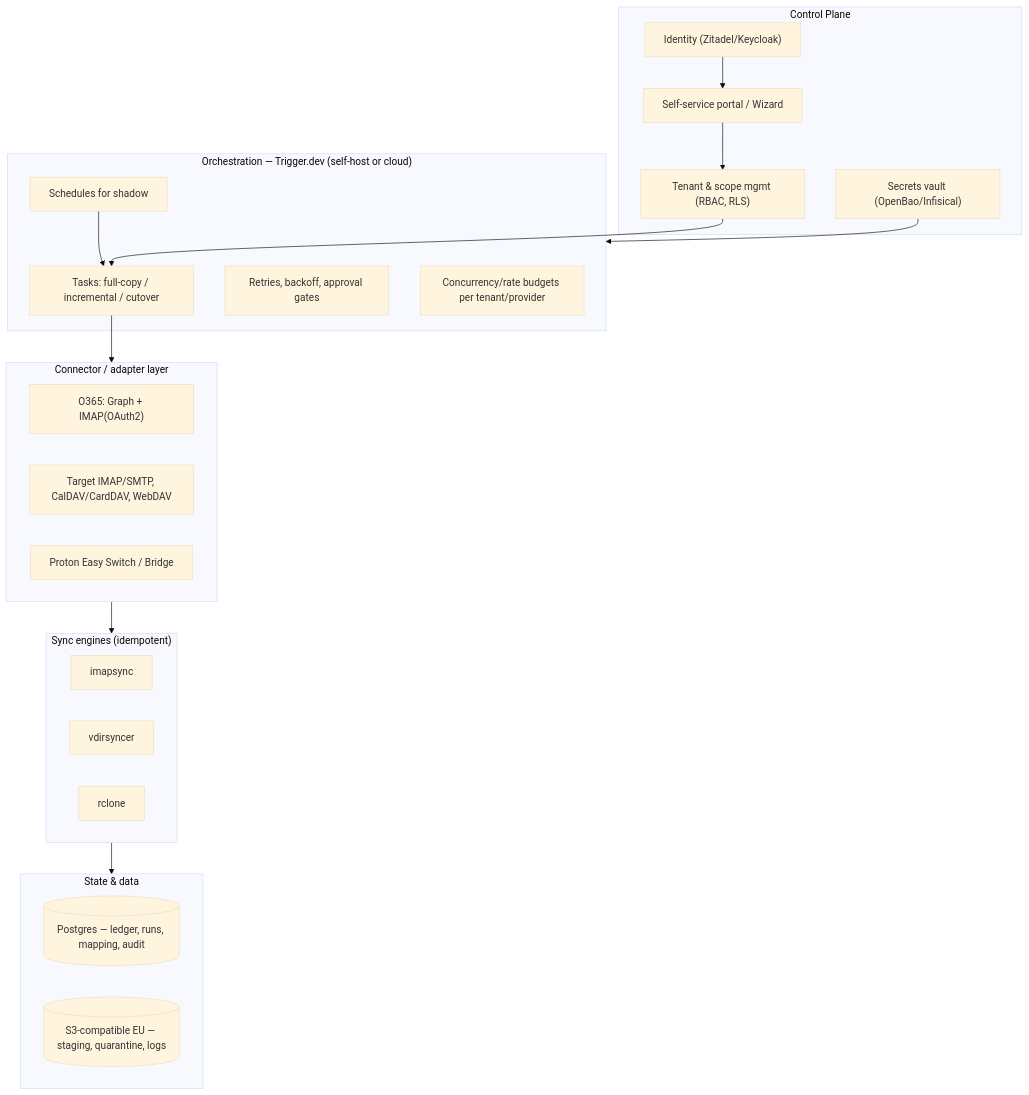
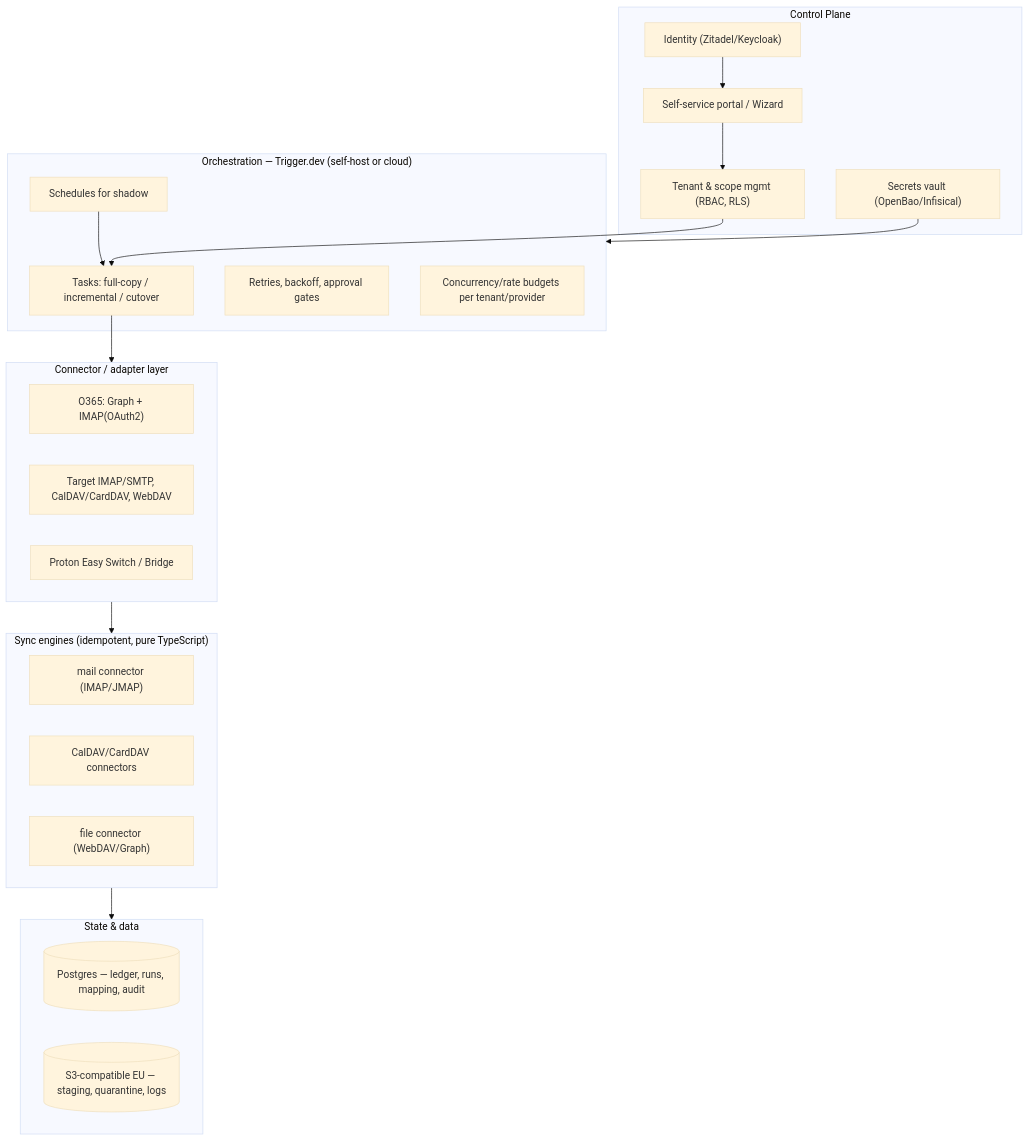
The first of 2 diagrams in docs/architecture/solution-architecture.md (Robbes/Ownpace), drawn with Mermaid (base theme) before and after one commit. The commit also changed other lines of this file and 1 other file, not shown here.

First line of the commit message:
docs(architecture): solution-architecture.md v1.2 — the tables catch up with the code (0021 T1)

````diff
--- a/docs/architecture/solution-architecture.md
+++ b/docs/architecture/solution-architecture.md
@@ -108,34 +108,34 @@
 ```mermaid
 flowchart TB
   subgraph CP["Control Plane"]
     PORTAL["Self-service portal / Wizard"]
     IDP["Identity (Zitadel/Keycloak)"]
     TENANT["Tenant & scope mgmt (RBAC, RLS)"]
     VAULT["Secrets vault (OpenBao/Infisical)"]
   end
   subgraph ORCH["Orchestration — Trigger.dev (self-host or cloud)"]
     FLOWS["Tasks: full-copy / incremental / cutover"]
     SCHED["Schedules for shadow"]
     RETRY["Retries, backoff, approval gates"]
     CONC["Concurrency/rate budgets per tenant/provider"]
   end
   subgraph ADAPT["Connector / adapter layer"]
     GRAPH["O365: Graph + IMAP(OAuth2)"]
     TARGETS["Target IMAP/SMTP, CalDAV/CardDAV, WebDAV"]
     PROTON["Proton Easy Switch / Bridge"]
   end
-  subgraph ENGINES["Sync engines (idempotent)"]
-    IMAPSYNC["imapsync"]
-    VDIR["vdirsyncer"]
-    RCLONE["rclone"]
+  subgraph ENGINES["Sync engines (idempotent, pure TypeScript)"]
+    MAIL["mail connector (IMAP/JMAP)"]
+    DAV["CalDAV/CardDAV connectors"]
+    FILES["file connector (WebDAV/Graph)"]
   end
   subgraph STATE["State & data"]
     LEDGER[("Postgres — ledger, runs, mapping, audit")]
     OBJ[("S3-compatible EU — staging, quarantine, logs")]
   end
   PORTAL --> TENANT --> FLOWS
   IDP --> PORTAL
   VAULT --> ORCH
   FLOWS --> ADAPT --> ENGINES --> STATE
   SCHED --> FLOWS
 ```
````
